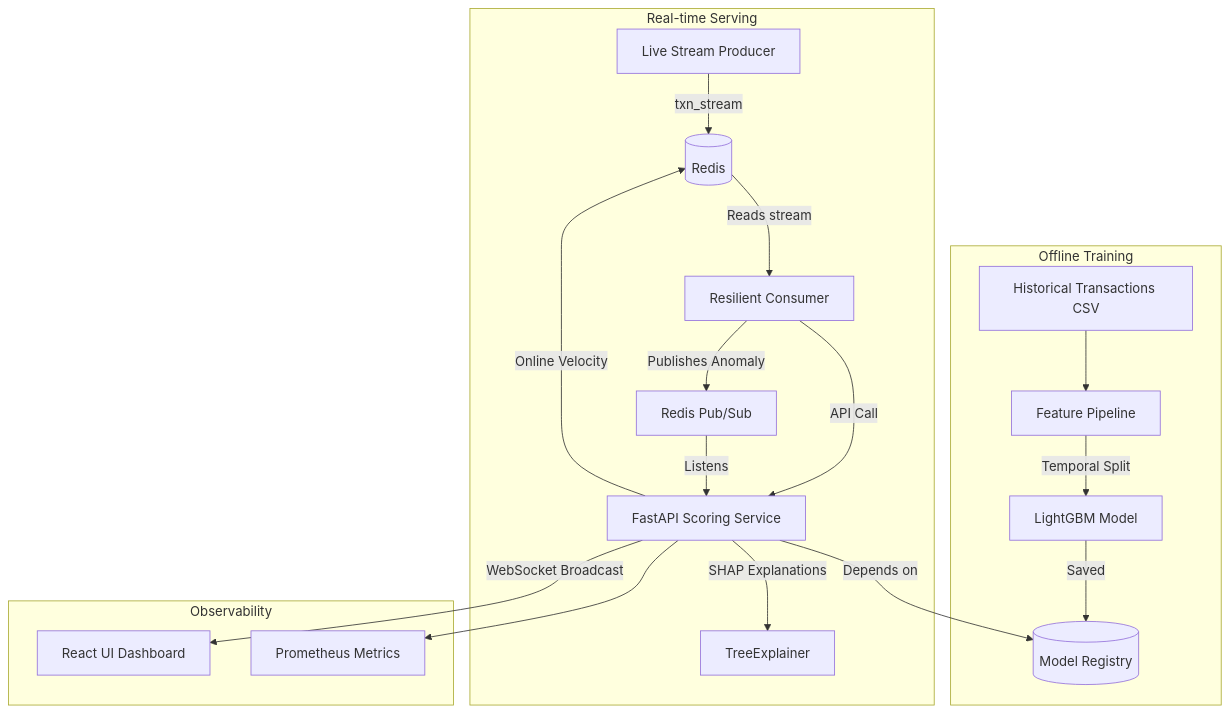
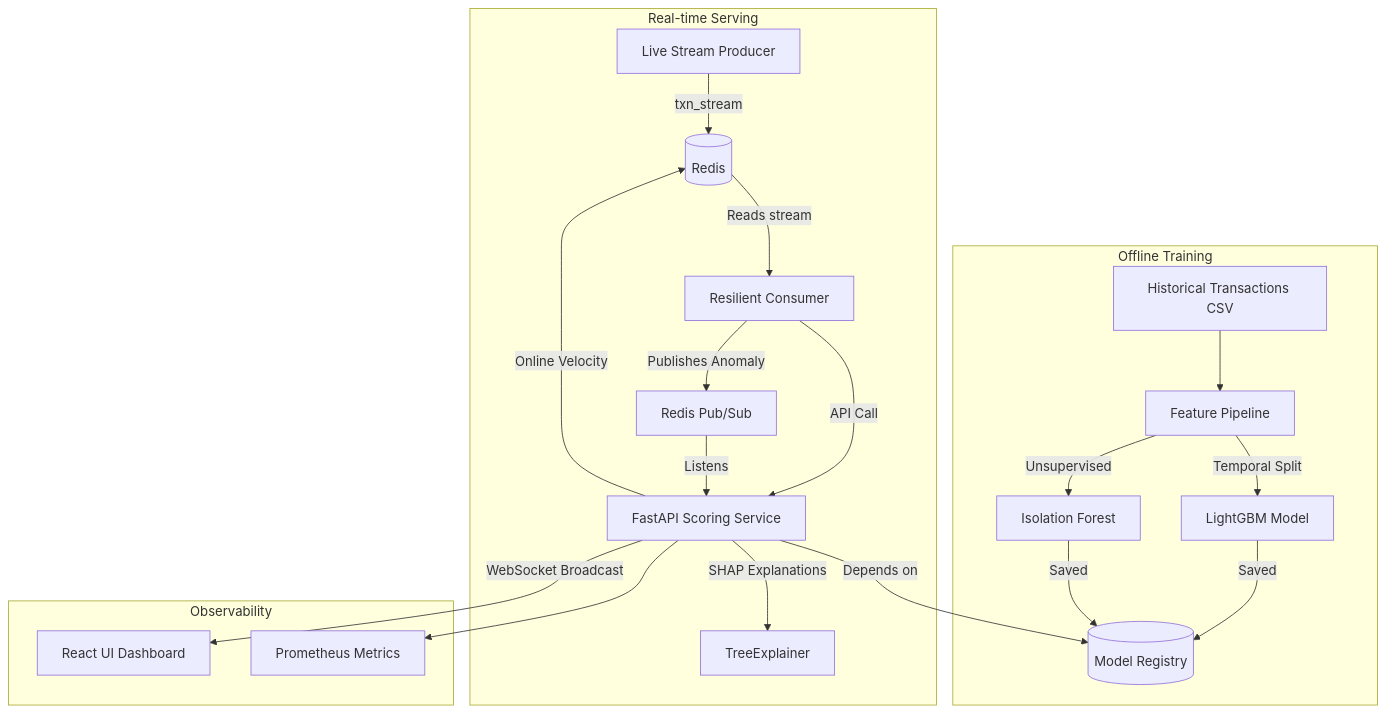
The diagram in README.md (Paramveersingh-S/fraud-detector), drawn with Mermaid before and after one commit. The commit also changed other lines of this file, not shown here.

````diff
--- a/README.md
+++ b/README.md
@@ -28,24 +28,26 @@
 ```mermaid
 graph TD
     subgraph Offline Training
         A[Historical Transactions CSV] --> B[Feature Pipeline]
         B -->|Temporal Split| C[LightGBM Model]
+        B -->|Unsupervised| C2[Isolation Forest]
         C -->|Saved| D[(Model Registry)]
+        C2 -->|Saved| D
     end
 
     subgraph Real-time Serving
         E[Live Stream Producer] -->|txn_stream| F[(Redis)]
         F -->|Reads stream| G[Resilient Consumer]
         G -->|API Call| H[FastAPI Scoring Service]
         H -->|Depends on| D
         H -->|Online Velocity| F
         H -->|SHAP Explanations| I[TreeExplainer]
         G -->|Publishes Anomaly| J[Redis Pub/Sub]
     end
 
     subgraph Observability
         J -->|Listens| H
         H -->|WebSocket Broadcast| K[React UI Dashboard]
         H --> L[Prometheus Metrics]
     end
 ```
````
